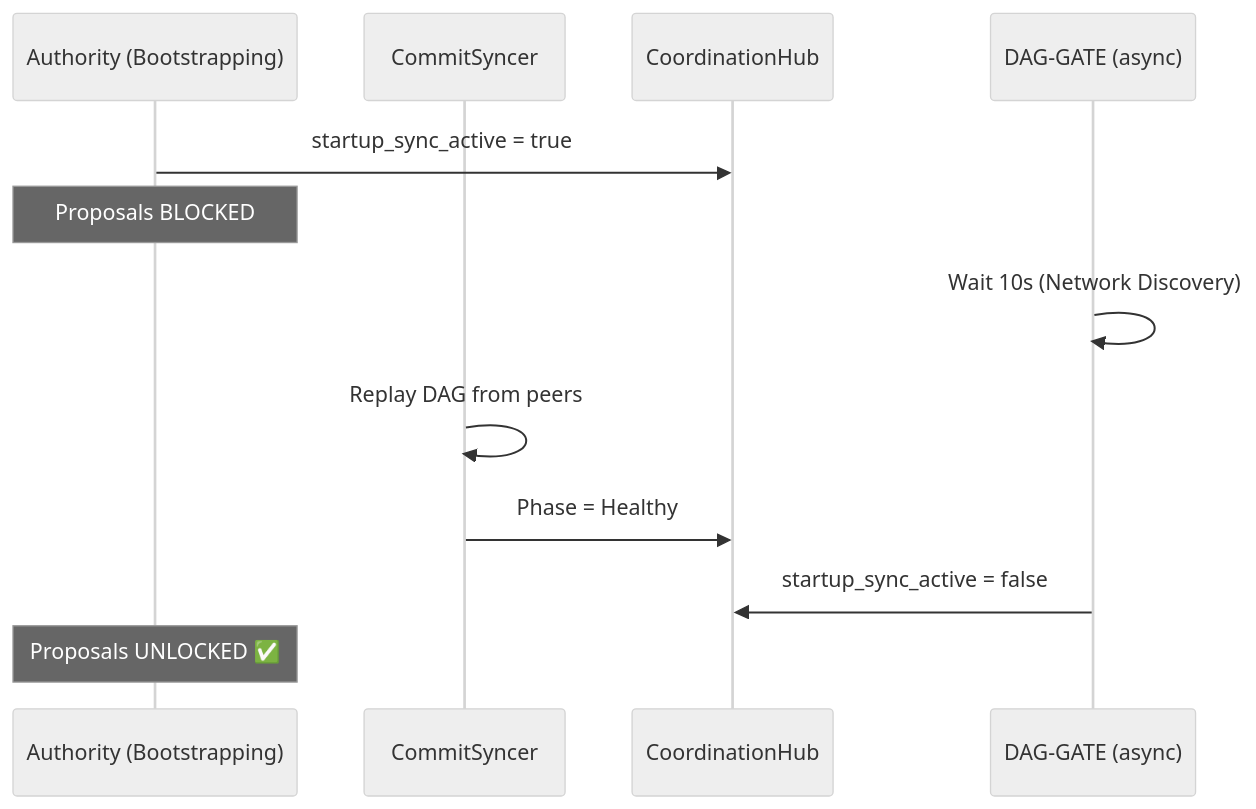
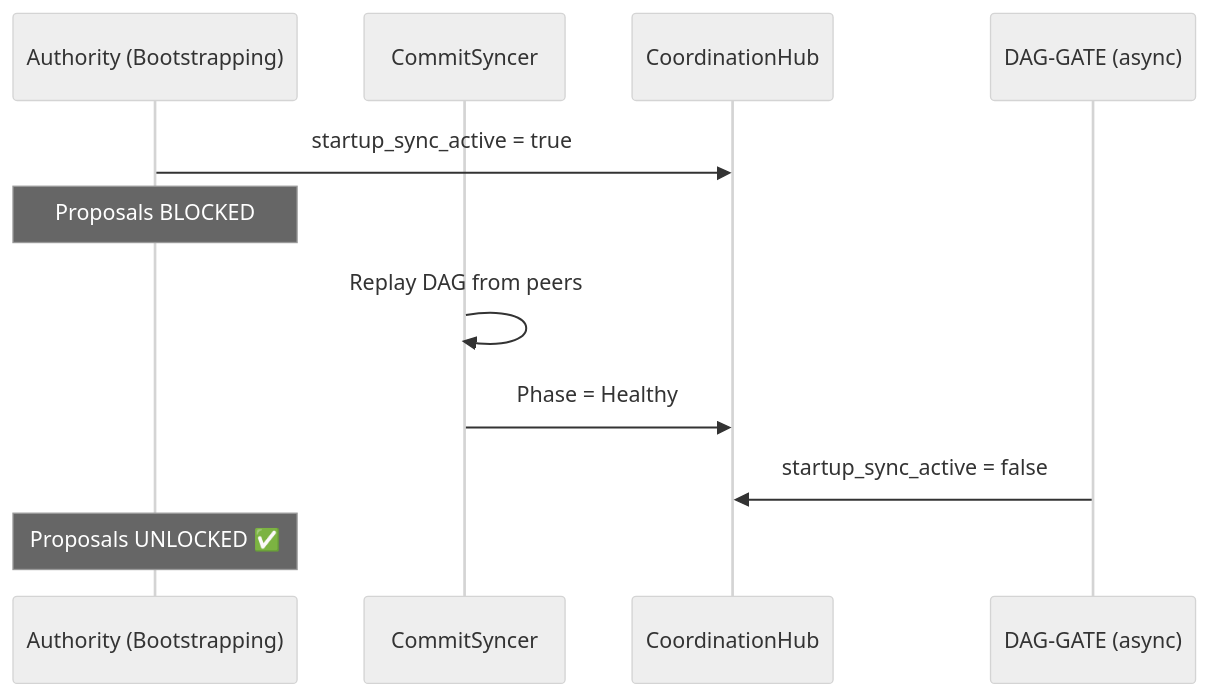
The third of 7 diagrams in docs/startup_architecture.md (x3pi/metanode), drawn with Mermaid (neutral theme) before and after one commit. The commit also changed other lines of this file, not shown here.

Commit message:
docs: update startup architecture documentation to reflect recent changes

````diff
--- a/docs/startup_architecture.md
+++ b/docs/startup_architecture.md
@@ -220,15 +220,14 @@
 ```mermaid
 sequenceDiagram
     participant Auth as Authority (Bootstrapping)
     participant CS as CommitSyncer
     participant Hub as CoordinationHub
     participant Gate as DAG-GATE (async)
 
     Auth->>Hub: startup_sync_active = true
     Note over Auth: Proposals BLOCKED
-    Gate->>Gate: Wait 10s (Network Discovery)
     CS->>CS: Replay DAG from peers
     CS->>Hub: Phase = Healthy
     Gate->>Hub: startup_sync_active = false
     Note over Auth: Proposals UNLOCKED ✅
 ```
````
